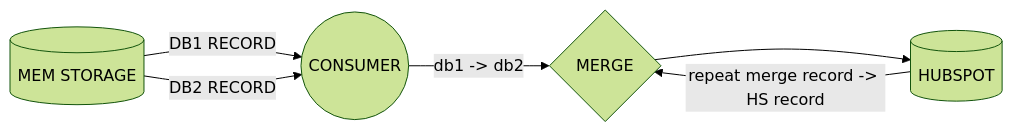
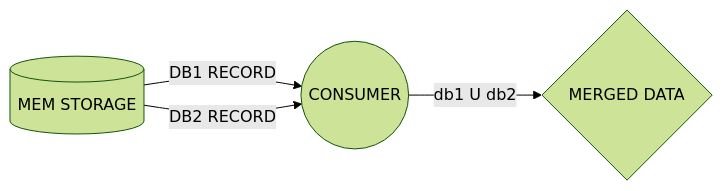
The second of 3 diagrams in README.md (gastonrey/hubspot_sync_middleware), drawn with Mermaid (forest theme) before and after one commit. The commit also changed other lines of this file, not shown here.

````diff
--- a/README.md
+++ b/README.md
@@ -26,8 +28,6 @@
 ```mermaid
 graph LR
 A[(MEM STORAGE)] -- DB1 RECORD --> B((CONSUMER))
 A[(MEM STORAGE)] -- DB2 RECORD --> B((CONSUMER))
-B((CONSUMER)) -- db1 -> db2 --> ID{MERGE}
-ID{MERGE} --> F[(HUBSPOT)]
-F[(HUBSPOT)] -- repeat merge record -> HS record --> ID{MERGE}
+B((CONSUMER)) -- db1 U db2 --> ID{MERGED DATA}
 ```
````
